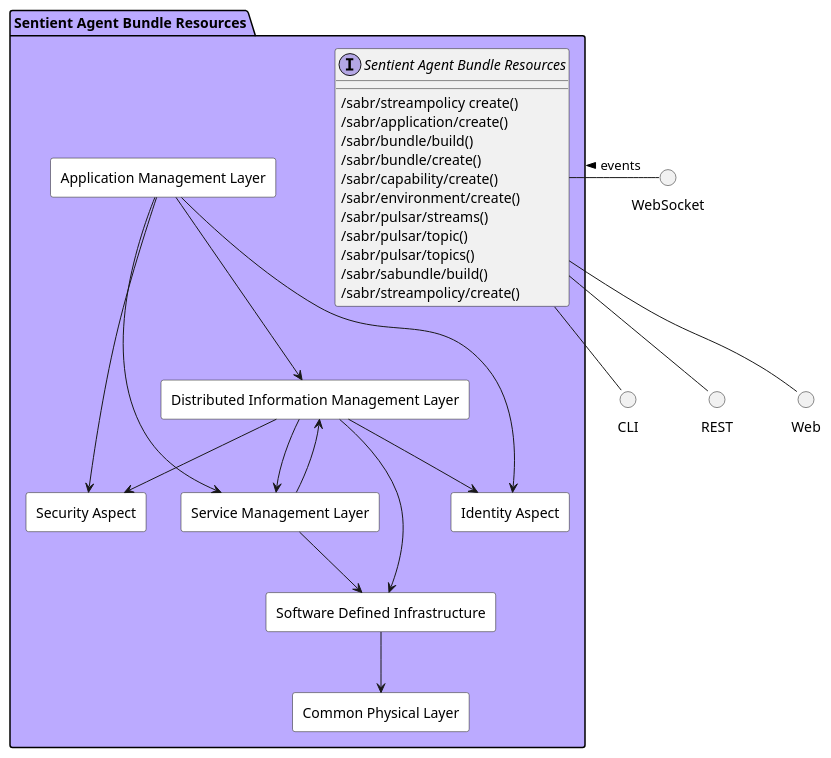
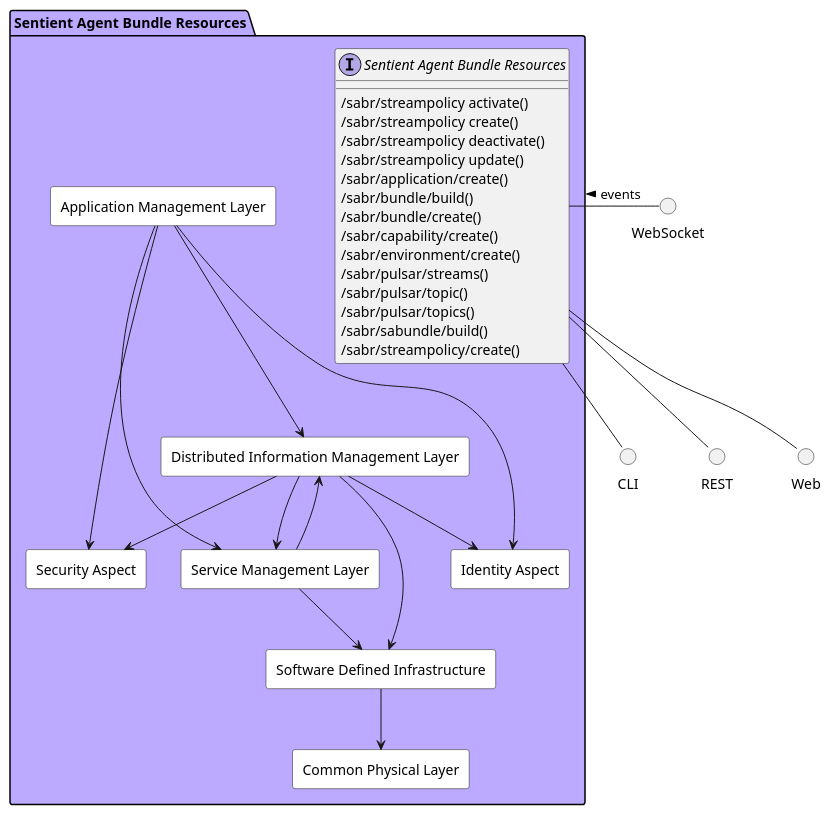
Before and after one commit to madajaju/sabr: the diagram in docs/sabr/subpackage.puml, drawn with PlantUML. The commit also changed 1010 other files, not shown here.

```diff
--- a/docs/sabr/subpackage.puml
+++ b/docs/sabr/subpackage.puml
@@ -1,84 +1,87 @@
 @startuml
 
 
 
 package "Sentient Agent Bundle Resources" #bbaaff {
 
     interface "Sentient Agent Bundle Resources" as i {
     
+            /sabr/streampolicy activate()
             /sabr/streampolicy create()
+            /sabr/streampolicy deactivate()
+            /sabr/streampolicy update()
             /sabr/application/create()
             /sabr/bundle/build()
             /sabr/bundle/create()
             /sabr/capability/create()
             /sabr/environment/create()
             /sabr/pulsar/streams()
             /sabr/pulsar/topic()
             /sabr/pulsar/topics()
             /sabr/sabundle/build()
             /sabr/streampolicy/create()
     
     }
 }
 
 circle REST
 circle Web
 circle CLI
 circle WebSocket
 
 i -down- Web
 i -down- CLI
 i -down- REST
 WebSocket -left- i: events >
 
 package "Sentient Agent Bundle Resources" #bbaaff {
 
 
 rectangle "Application Management Layer" #white {
 }
 
 rectangle "Common Physical Layer" #white {
 }
 
 rectangle "Distributed Information Management Layer" #white {
 }
 
 rectangle "Identity Aspect" #white {
 }
 
 rectangle "Security Aspect" #white {
 }
 
 rectangle "Service Management Layer" #white {
 }
 
 rectangle "Software Defined Infrastructure" #white {
 }
 
     "Application Management Layer" --> "Distributed Information Management Layer"
     
     "Application Management Layer" --> "Service Management Layer"
     
     "Application Management Layer" --> "Security Aspect"
     
     "Application Management Layer" --> "Identity Aspect"
     
     "Distributed Information Management Layer" --> "Software Defined Infrastructure"
     
     "Distributed Information Management Layer" --> "Service Management Layer"
     
     "Distributed Information Management Layer" --> "Security Aspect"
     
     "Distributed Information Management Layer" --> "Identity Aspect"
     
     "Service Management Layer" --> "Software Defined Infrastructure"
     
     "Service Management Layer" --> "Distributed Information Management Layer"
     
     "Software Defined Infrastructure" --> "Common Physical Layer"
     
 }
 
 
 
 @enduml
```
